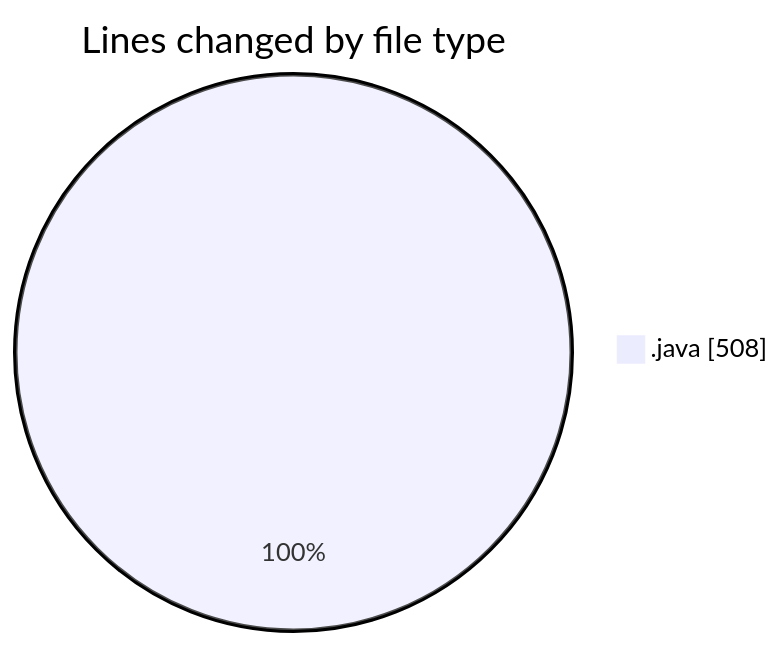
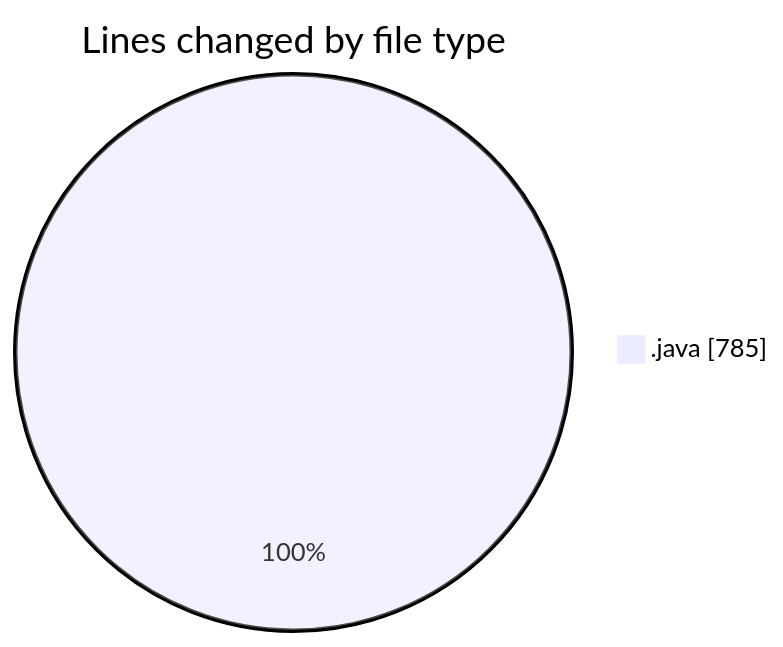
The first of 2 diagrams in 2025-04-02/startfiles__2_/README.md (NitaiMahat/code-tracking), drawn with Mermaid before and after one commit. The commit also changed other lines of this file and 1 other file, not shown here.

````diff
--- a/2025-04-02/startfiles__2_/README.md
+++ b/2025-04-02/startfiles__2_/README.md
@@ -24,5 +25,5 @@
 ```mermaid
 pie showData
 title Lines changed by file type
-".java" : 508
+".java" : 785
 ```
````
